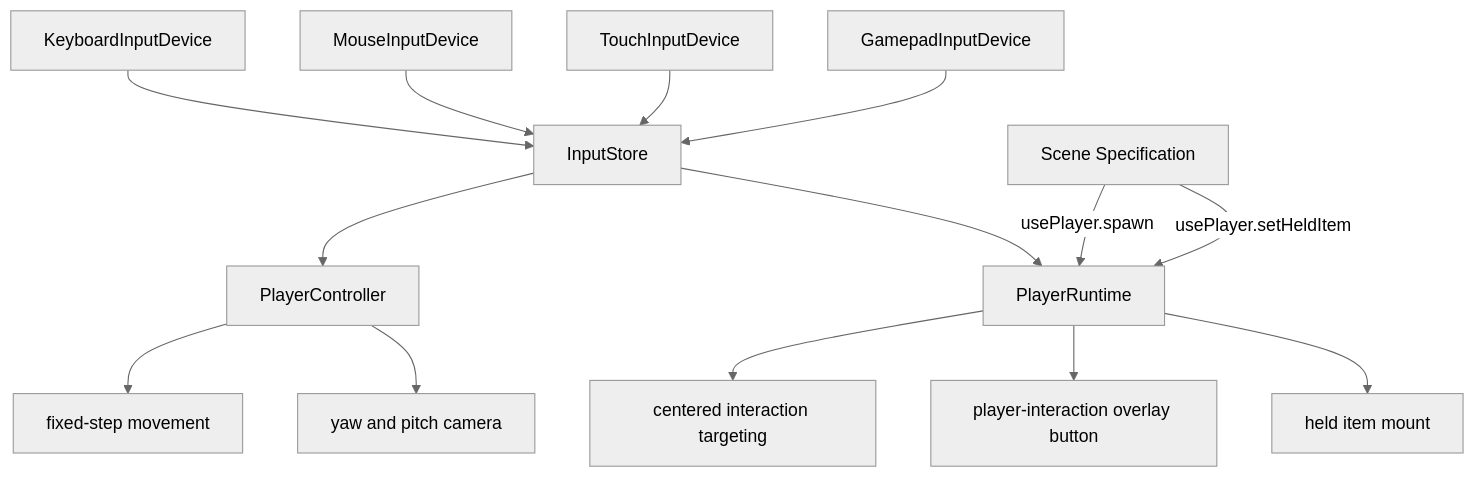
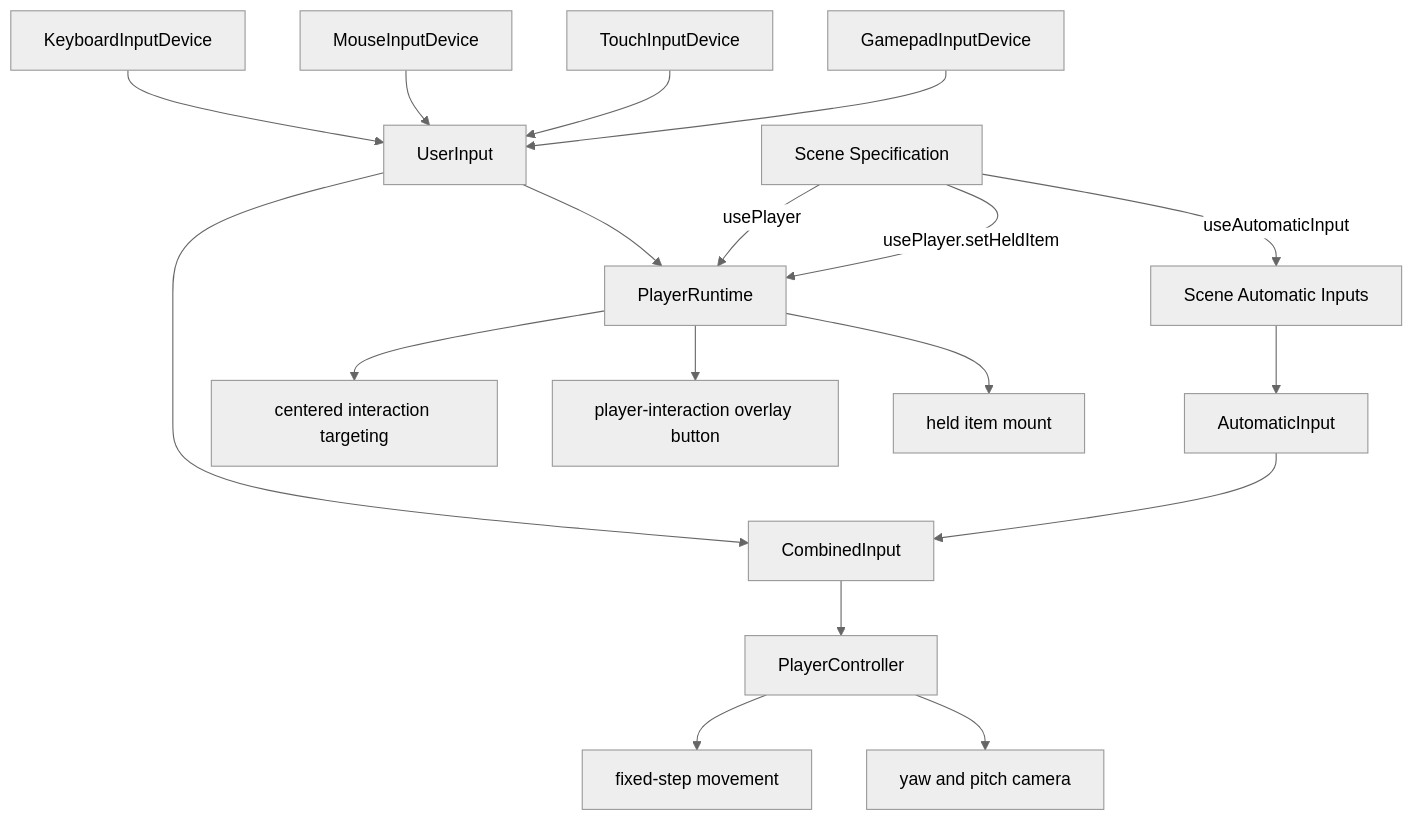
Before and after one commit to raolir/omnipraxis: the ninth of 9 diagrams in docs/architecture.md, drawn with Mermaid (neutral theme). The commit also changed other lines of this file and 8 other files, not shown here.

````diff
--- a/docs/architecture.md
+++ b/docs/architecture.md
@@ -259,19 +268,23 @@
 ```mermaid
 flowchart TD
-  KeyboardDevice[KeyboardInputDevice] --> InputStore
-  MouseDevice[MouseInputDevice] --> InputStore
-  TouchDevice[TouchInputDevice] --> InputStore
-  GamepadDevice[GamepadInputDevice] --> InputStore
+  KeyboardDevice[KeyboardInputDevice] --> UserInput
+  MouseDevice[MouseInputDevice] --> UserInput
+  TouchDevice[TouchInputDevice] --> UserInput
+  GamepadDevice[GamepadInputDevice] --> UserInput
+  SceneAutomatic[Scene Automatic Inputs] --> AutomaticInput
 
-  InputStore --> PlayerController
-  InputStore --> PlayerRuntime
+  UserInput --> CombinedInput
+  AutomaticInput --> CombinedInput
+  CombinedInput --> PlayerController
+  UserInput --> PlayerRuntime
 
   PlayerController --> Movement[fixed-step movement]
   PlayerController --> Camera[yaw and pitch camera]
   PlayerRuntime --> Targeting[centered interaction targeting]
   PlayerRuntime --> InteractionButton[player-interaction overlay button]
   PlayerRuntime --> HeldItem[held item mount]
 
-  Scene[Scene Specification] -->|usePlayer.spawn| PlayerRuntime
+  Scene[Scene Specification] -->|usePlayer| PlayerRuntime
+  Scene -->|useAutomaticInput| SceneAutomatic
   Scene -->|usePlayer.setHeldItem| PlayerRuntime
 ```
````
